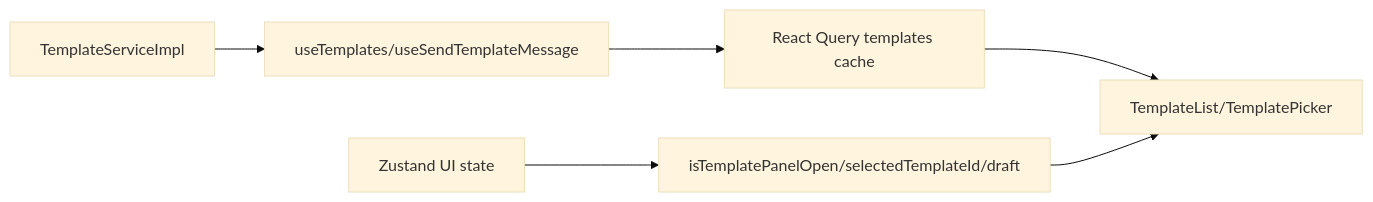
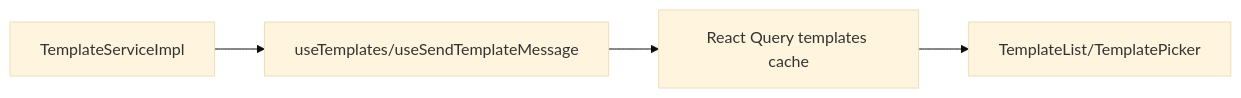
The third of 3 diagrams in docs/architecture-diagrams.md (givingwu/bifrost-chat), drawn with Mermaid (base theme) before and after one commit. The commit also changed other lines of this file and 8 other files, not shown here.

````diff
--- a/docs/architecture-diagrams.md
+++ b/docs/architecture-diagrams.md
@@ -55,7 +53,6 @@
 ```mermaid
 graph LR
   TAPI[TemplateServiceImpl] --> TQ[useTemplates/useSendTemplateMessage]
   TQ --> TCache[React Query templates cache]
   TCache --> TUI[TemplateList/TemplatePicker]
-  ZUI[Zustand UI state] --> isTemplatePanelOpen/selectedTemplateId/draft --> TUI
 ```
````
